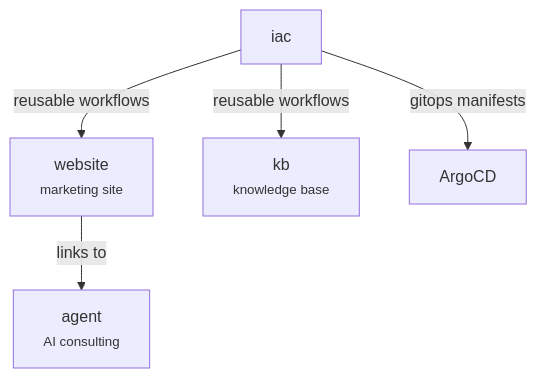
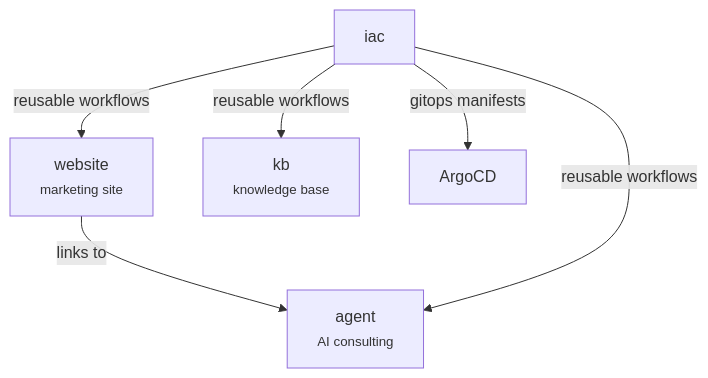
One commit to im-u-com/.github changed the first of 5 diagrams in CLAUDE.md. Above: the diagram before and after it, drawn with Mermaid. The commit also changed other lines of this file, not shown here.

First line of the commit message:
docs: add agent as IAC workflow consumer in org CLAUDE.md

````diff
--- a/CLAUDE.md
+++ b/CLAUDE.md
@@ -29,7 +29,8 @@
 ```mermaid
 graph TD
     website["website<br/><small>marketing site</small>"] -->|links to| agent["agent<br/><small>AI consulting</small>"]
     iac -->|reusable workflows| website
+    iac -->|reusable workflows| agent
     iac -->|reusable workflows| kb["kb<br/><small>knowledge base</small>"]
     iac -->|gitops manifests| argocd["ArgoCD"]
 ```
````
